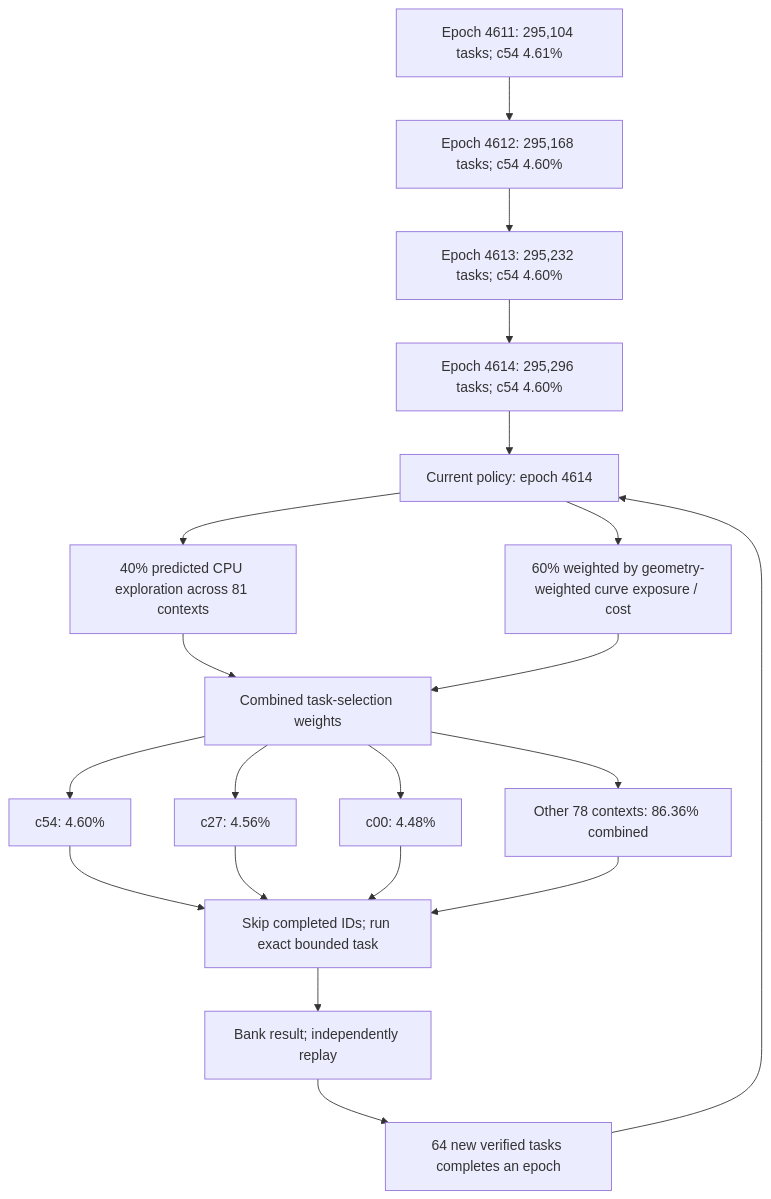
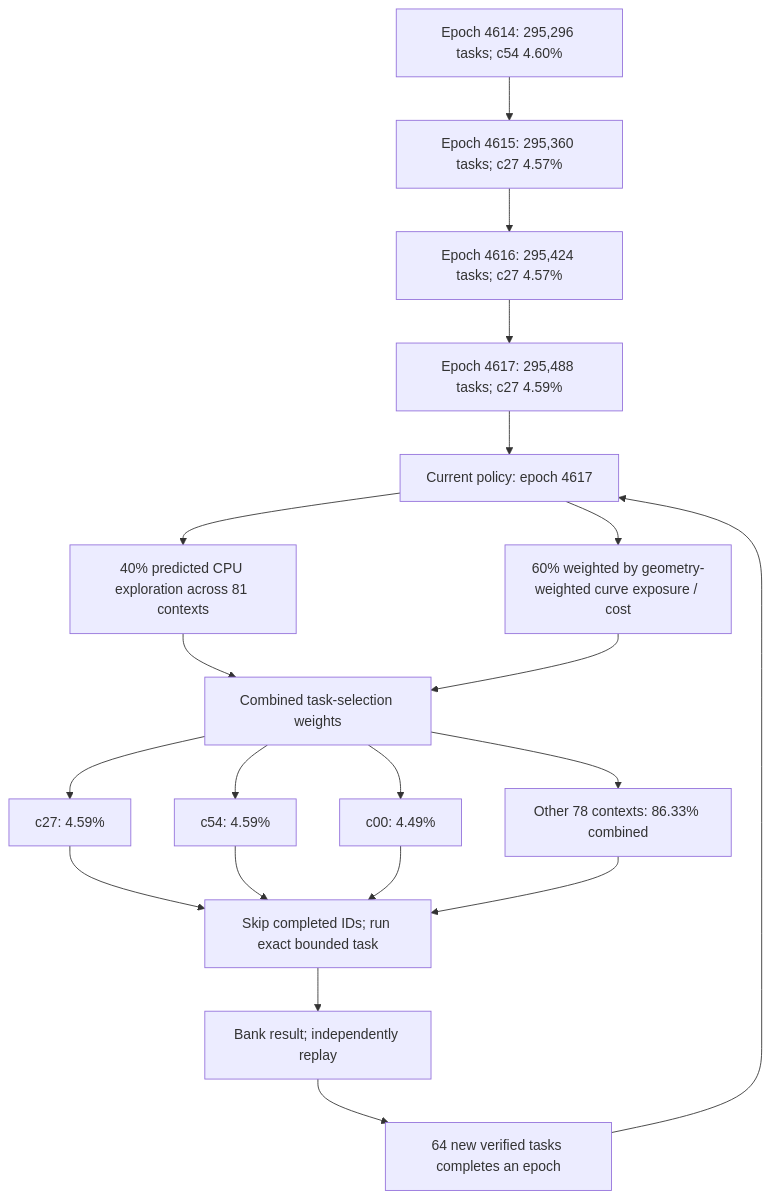
The first of 3 diagrams in README.md (Kuberwastaken/math-gambling), drawn with Mermaid before and after one commit. The commit also changed other lines of this file and 2308 other files, not shown here.

````diff
--- a/README.md
+++ b/README.md
@@ -60,27 +60,27 @@
 ```mermaid
 flowchart TD
-    H0["Epoch 4611: 295,104 tasks; c54 4.61%"]
-    H1["Epoch 4612: 295,168 tasks; c54 4.60%"]
+    H0["Epoch 4614: 295,296 tasks; c54 4.60%"]
+    H1["Epoch 4615: 295,360 tasks; c27 4.57%"]
     H0 --> H1
-    H2["Epoch 4613: 295,232 tasks; c54 4.60%"]
+    H2["Epoch 4616: 295,424 tasks; c27 4.57%"]
     H1 --> H2
-    H3["Epoch 4614: 295,296 tasks; c54 4.60%"]
+    H3["Epoch 4617: 295,488 tasks; c27 4.59%"]
     H2 --> H3
-    Policy["Current policy: epoch 4614"]
+    Policy["Current policy: epoch 4617"]
     H3 --> Policy
     Policy --> Explore["40% predicted CPU exploration across 81 contexts"]
     Policy --> Cost["60% weighted by geometry-weighted curve exposure / cost"]
     Explore --> Mix["Combined task-selection weights"]
     Cost --> Mix
-    Mix --> C0["c54: 4.60%"]
-    Mix --> C1["c27: 4.56%"]
-    Mix --> C2["c00: 4.48%"]
-    Mix --> Rest["Other 78 contexts: 86.36% combined"]
+    Mix --> C0["c27: 4.59%"]
+    Mix --> C1["c54: 4.59%"]
+    Mix --> C2["c00: 4.49%"]
+    Mix --> Rest["Other 78 contexts: 86.33% combined"]
     C0 --> Check["Skip completed IDs; run exact bounded task"]
     C1 --> Check
     C2 --> Check
     Rest --> Check
     Check --> Replay["Bank result; independently replay"]
     Replay --> Gate["64 new verified tasks completes an epoch"]
     Gate --> Policy
 ```
````
